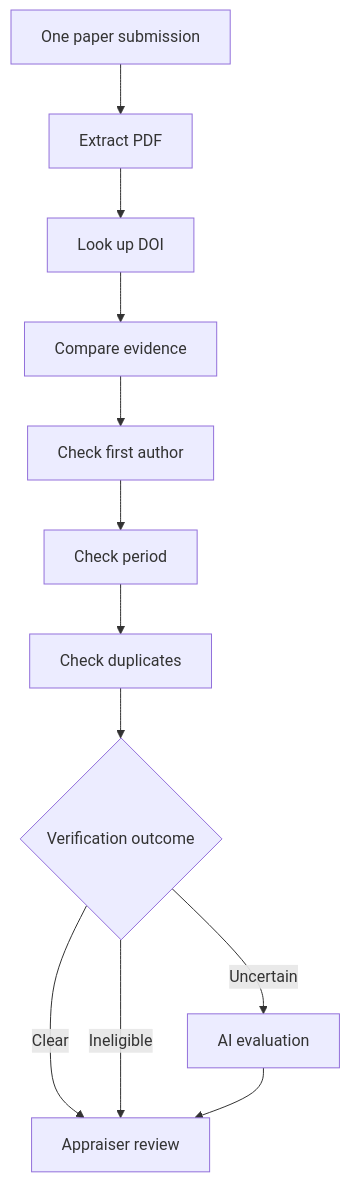
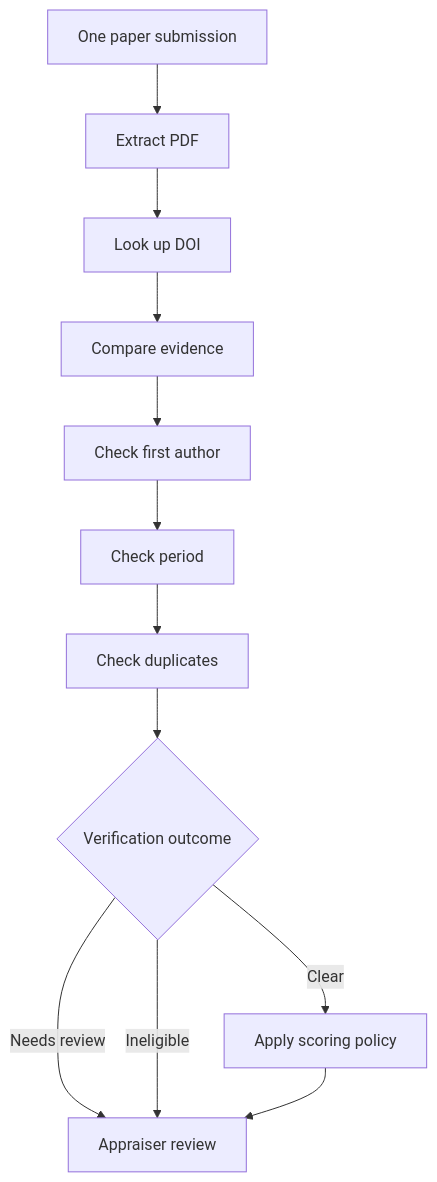
The diagram in docs/PUBLICATION-KPI.md (Kaushiik-13/KCT_AppraisalPortal), drawn with Mermaid before and after one commit. The commit also changed other lines of this file and 19 other files, not shown here.

````diff
--- a/docs/PUBLICATION-KPI.md
+++ b/docs/PUBLICATION-KPI.md
@@ -43,14 +43,14 @@
 ```mermaid
 flowchart TD
   Submit[One paper submission] --> Extract[Extract PDF]
   Extract --> Lookup[Look up DOI]
   Lookup --> Compare[Compare evidence]
   Compare --> Author[Check first author]
   Author --> Dates[Check period]
   Dates --> Duplicate[Check duplicates]
   Duplicate --> Decision{Verification outcome}
-  Decision -->|Clear| Review[Appraiser review]
-  Decision -->|Uncertain| AI[AI evaluation]
+  Decision -->|Clear| Score[Apply scoring policy]
+  Decision -->|Needs review| Review[Appraiser review]
   Decision -->|Ineligible| Review
-  AI --> Review
+  Score --> Review
 ```
````
